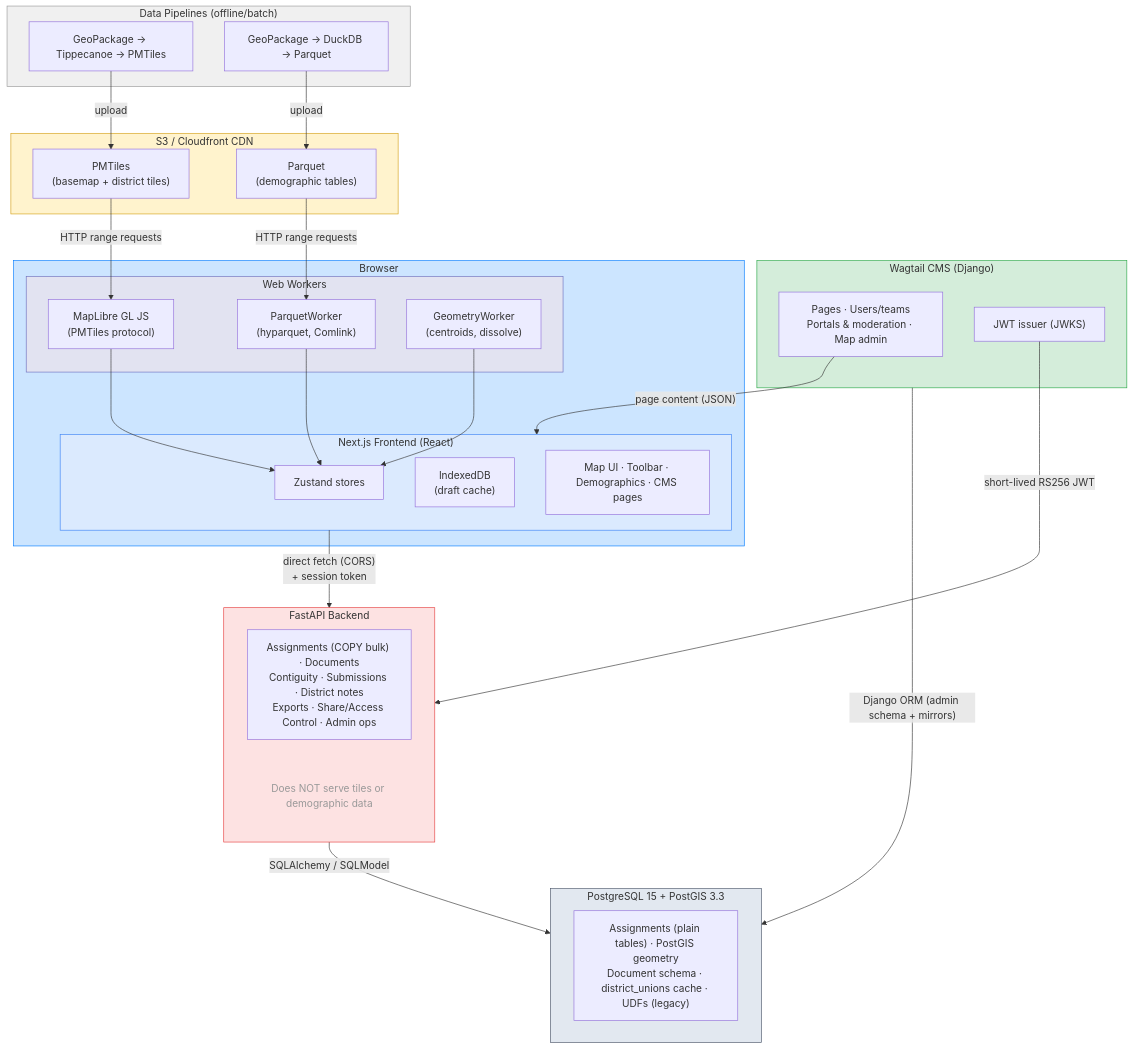
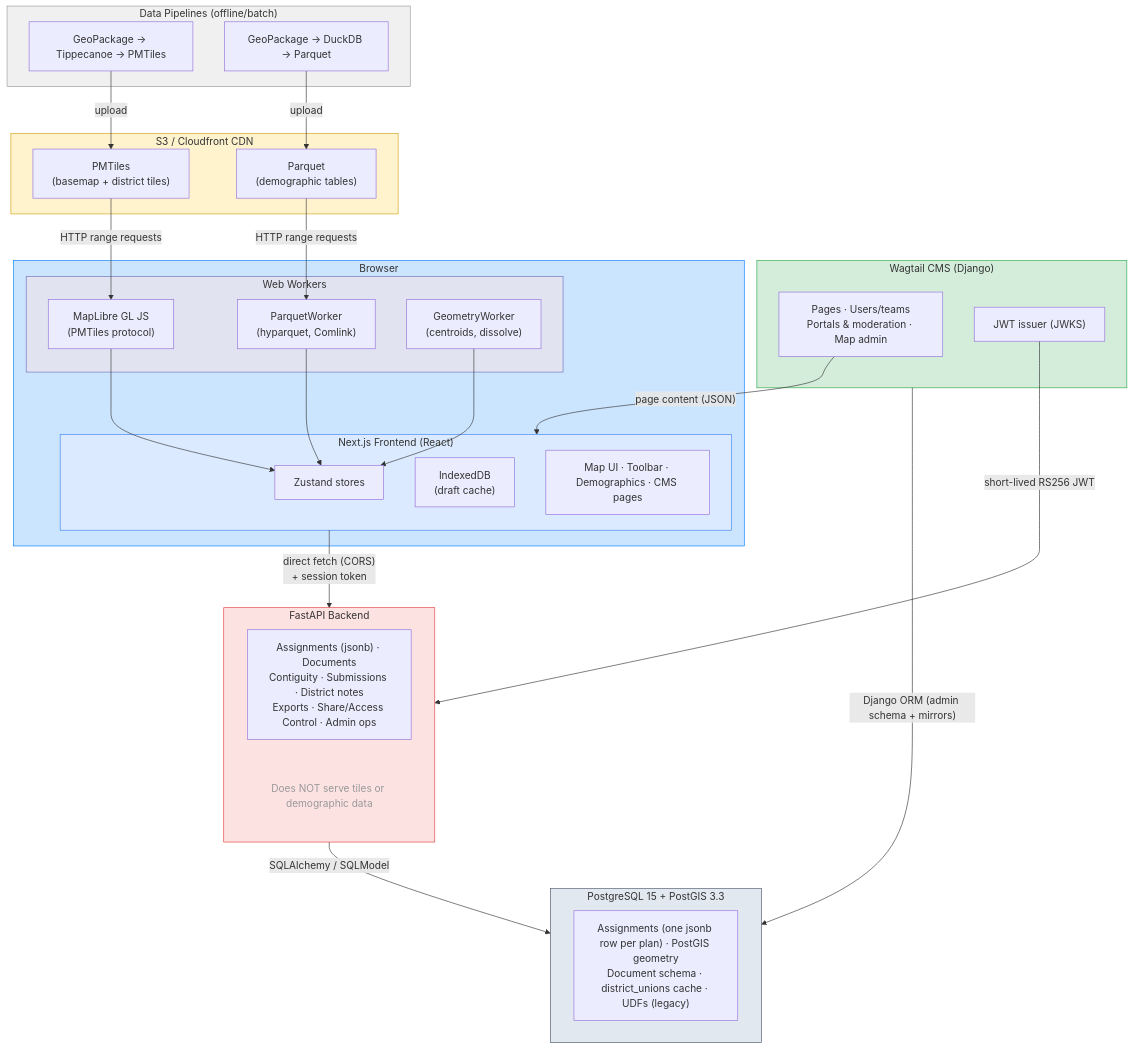
One commit to districtr/districtr-v2 changed the diagram in docs/architecture.md. Above: the diagram before and after it, drawn with Mermaid. The commit also changed other lines of this file and 35 other files, not shown here.

````diff
--- a/docs/architecture.md
+++ b/docs/architecture.md
@@ -7,62 +7,62 @@
 ```mermaid
 graph TD
     subgraph Pipelines["Data Pipelines (offline/batch)"]
         P1["GeoPackage → Tippecanoe → PMTiles"]
         P2["GeoPackage → DuckDB → Parquet"]
     end
 
     subgraph S3["S3 / Cloudfront CDN"]
         Tiles["PMTiles<br/>(basemap + district tiles)"]
         Parquet["Parquet<br/>(demographic tables)"]
     end
 
     subgraph CMS["Wagtail CMS (Django)"]
         Content["Pages · Users/teams<br/>Portals & moderation · Map admin"]
         Issuer["JWT issuer (JWKS)"]
     end
 
     subgraph Browser["Browser"]
         subgraph Workers["Web Workers"]
             MapLibre["MapLibre GL JS<br/>(PMTiles protocol)"]
             PW["ParquetWorker<br/>(hyparquet, Comlink)"]
             GW["GeometryWorker<br/>(centroids, dissolve)"]
         end
         subgraph App["Next.js Frontend (React)"]
             Zustand["Zustand stores"]
             IDB["IndexedDB<br/>(draft cache)"]
             UI["Map UI · Toolbar · Demographics · CMS pages"]
         end
     end
 
     subgraph API["FastAPI Backend"]
-        Endpoints["Assignments (COPY bulk) · Documents<br/>Contiguity · Submissions · District notes<br/>Exports · Share/Access Control · Admin ops"]
+        Endpoints["Assignments (jsonb) · Documents<br/>Contiguity · Submissions · District notes<br/>Exports · Share/Access Control · Admin ops"]
         Note["Does NOT serve tiles or demographic data"]
     end
 
     subgraph DB["PostgreSQL 15 + PostGIS 3.3"]
-        Tables["Assignments (plain tables) · PostGIS geometry<br/>Document schema · district_unions cache · UDFs (legacy)"]
+        Tables["Assignments (one jsonb row per plan) · PostGIS geometry<br/>Document schema · district_unions cache · UDFs (legacy)"]
     end
 
     P1 -->|upload| Tiles
     P2 -->|upload| Parquet
     Tiles -->|HTTP range requests| MapLibre
     Parquet -->|HTTP range requests| PW
     Content -->|"page content (JSON)"| App
     Issuer -->|"short-lived RS256 JWT"| API
     CMS -->|"Django ORM (admin schema + mirrors)"| DB
     MapLibre --> Zustand
     PW --> Zustand
     GW --> Zustand
     App -->|"direct fetch (CORS)<br/>+ session token"| API
     API -->|SQLAlchemy / SQLModel| DB
 
     style Pipelines fill:#f0f0f0,stroke:#999
     style S3 fill:#fff3cd,stroke:#d4a017
     style CMS fill:#d4edda,stroke:#28a745
     style Browser fill:#cce5ff,stroke:#007bff
     style Workers fill:#e2e3f1,stroke:#6c6fbd
     style App fill:#dbeafe,stroke:#3b82f6
     style API fill:#fde2e2,stroke:#e53e3e
     style DB fill:#e2e8f0,stroke:#4a5568
     style Note fill:none,stroke:none,color:#999
 ```
````
